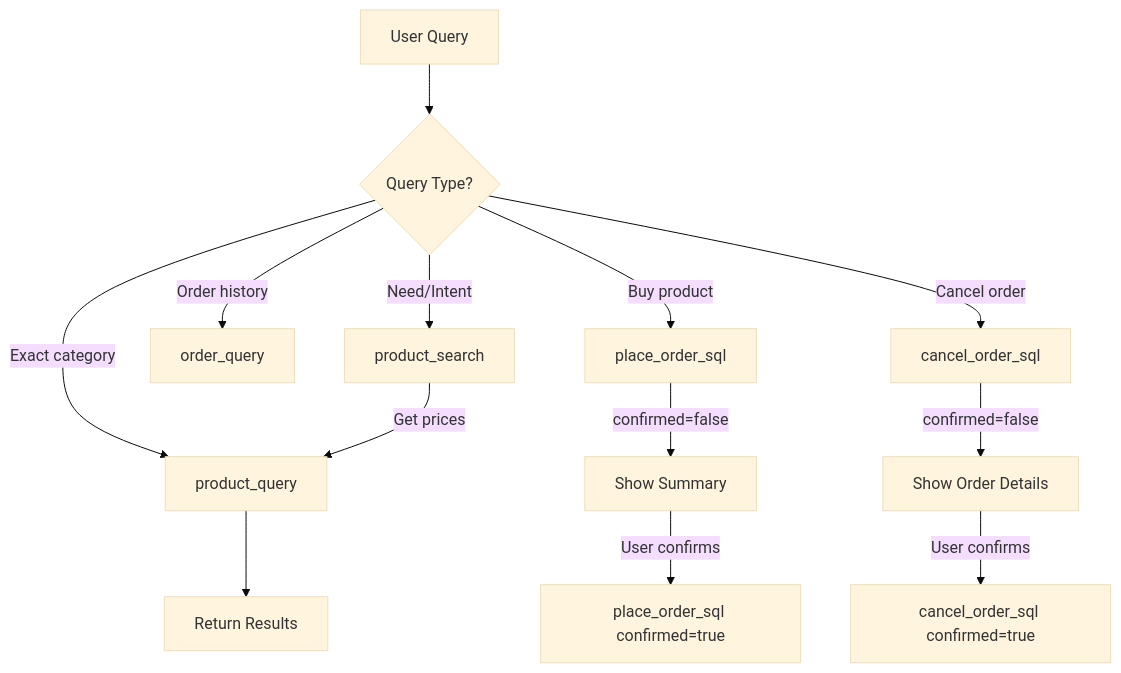
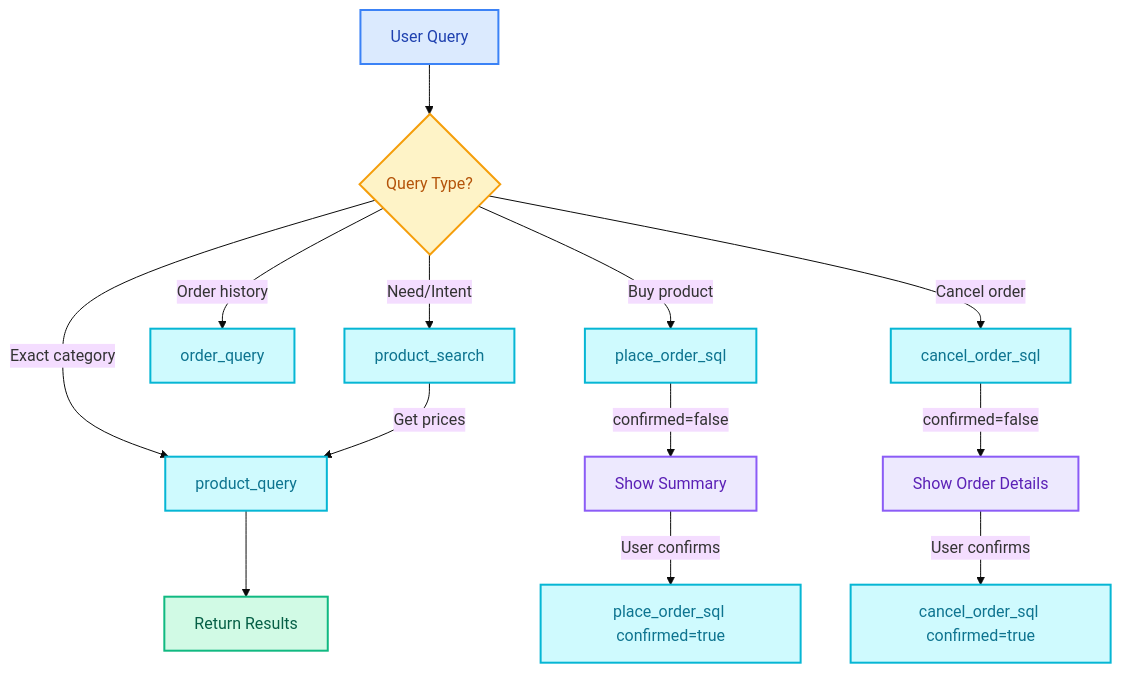
One commit to mhokchuekchuek/mtl_agent changed the diagram in docs/assets/diagrams/prompts/customer_product_agent_1.mmd. Above: the diagram before and after it, drawn with Mermaid (base theme). The commit also changed 10 other files, not shown here.

Commit message:
docs: update mermaid diagram files

```diff
--- a/docs/assets/diagrams/prompts/customer_product_agent_1.mmd
+++ b/docs/assets/diagrams/prompts/customer_product_agent_1.mmd
@@ -1,17 +1,29 @@
 flowchart TD
     Q[User Query] --> D{Query Type?}
-    
+
     D -->|Exact category| PQ[product_query]
     D -->|Need/Intent| PS[product_search]
     D -->|Order history| OQ[order_query]
     D -->|Buy product| PO[place_order_sql]
     D -->|Cancel order| CO[cancel_order_sql]
-    
+
     PS --> |Get prices| PQ
     PQ --> R[Return Results]
-    
+
     PO --> |confirmed=false| SUM[Show Summary]
     SUM --> |User confirms| PO2[place_order_sql confirmed=true]
-    
+
     CO --> |confirmed=false| SUM2[Show Order Details]
     SUM2 --> |User confirms| CO2[cancel_order_sql confirmed=true]
+
+    classDef user fill:#dbeafe,stroke:#3b82f6,stroke-width:2px,color:#1e40af
+    classDef decision fill:#fef3c7,stroke:#f59e0b,stroke-width:2px,color:#b45309
+    classDef tool fill:#cffafe,stroke:#06b6d4,stroke-width:2px,color:#0e7490
+    classDef output fill:#d1fae5,stroke:#10b981,stroke-width:2px,color:#065f46
+    classDef confirm fill:#ede9fe,stroke:#8b5cf6,stroke-width:2px,color:#5b21b6
+
+    class Q user
+    class D decision
+    class PQ,PS,OQ,PO,CO,PO2,CO2 tool
+    class R output
+    class SUM,SUM2 confirm
```
